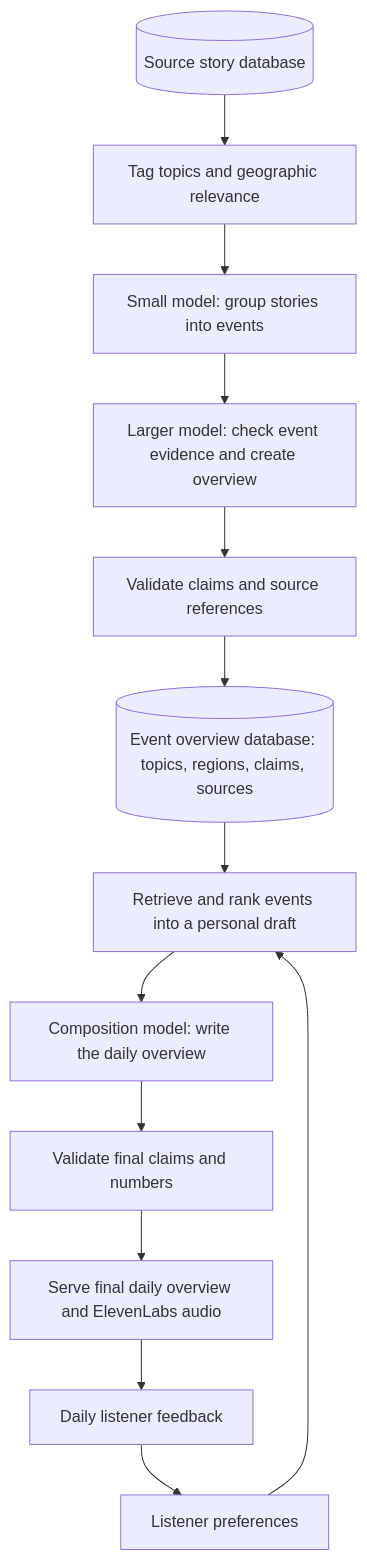
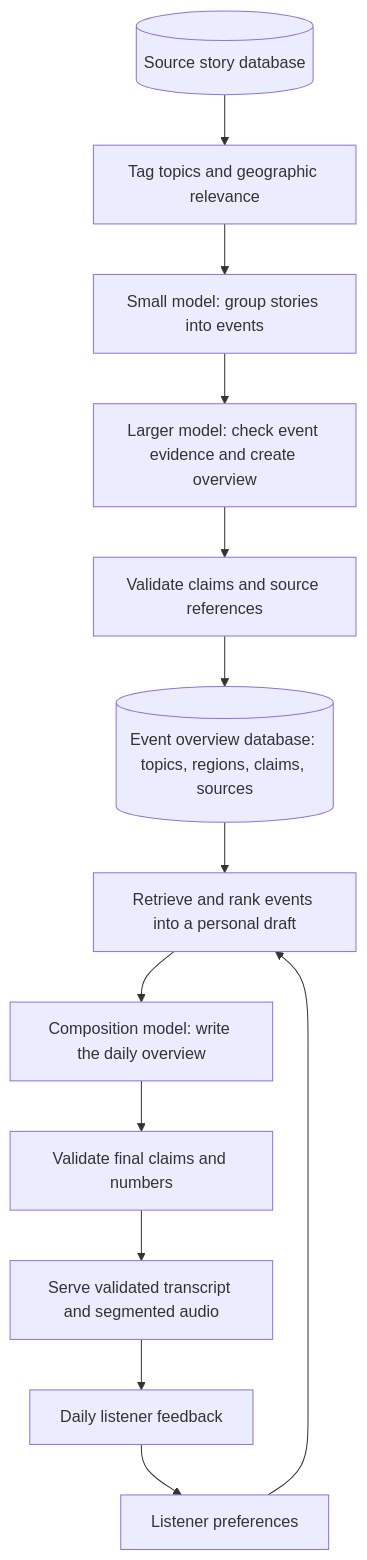
Before and after one commit to wilk-z-lasu/Certa: the diagram in BUILD_PLAN.md, drawn with Mermaid. The commit also changed other lines of this file and 41 other files, not shown here.

````diff
--- a/BUILD_PLAN.md
+++ b/BUILD_PLAN.md
@@ -13,15 +13,15 @@
 ```mermaid
 flowchart TD
     A[(Source story database)] --> B[Tag topics and geographic relevance]
     B --> C[Small model: group stories into events]
     C --> D[Larger model: check event evidence and create overview]
     D --> E[Validate claims and source references]
     E --> F[(Event overview database: topics, regions, claims, sources)]
     P[Listener preferences] --> G[Retrieve and rank events into a personal draft]
     F --> G
     G --> H[Composition model: write the daily overview]
     H --> I[Validate final claims and numbers]
-    I --> J[Serve final daily overview and ElevenLabs audio]
+    I --> J[Serve validated transcript and segmented audio]
     J --> K[Daily listener feedback]
     K --> P
 ```
````
